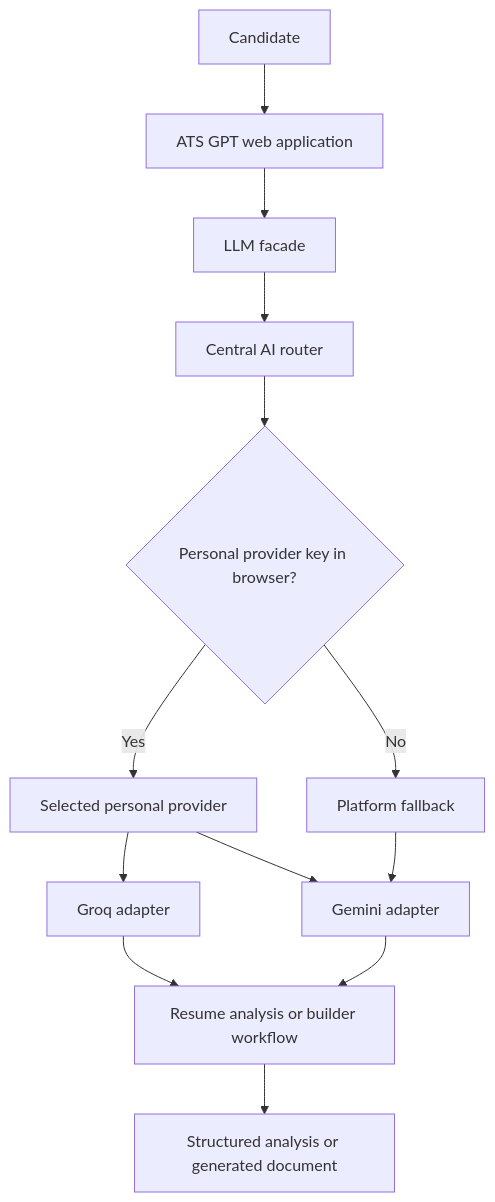
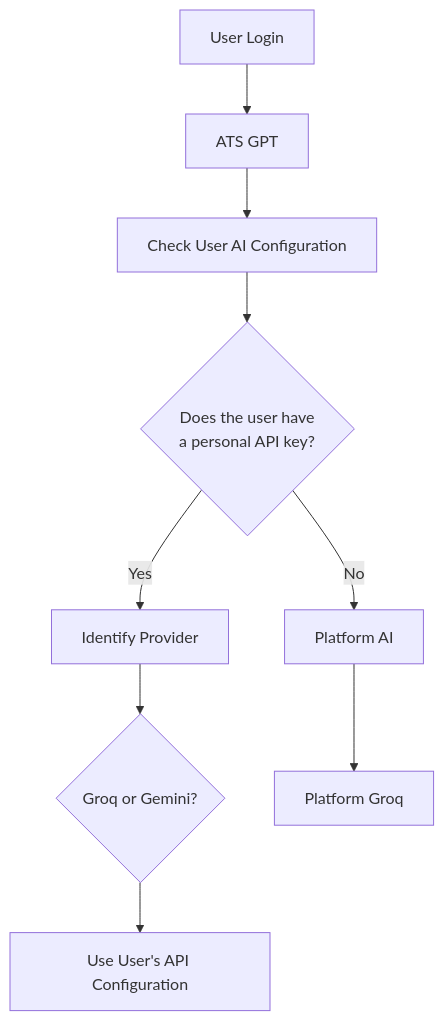
The first of 2 diagrams in README.md (maaz-io/ATS-GPT-), drawn with Mermaid before and after one commit. The commit also changed other lines of this file, not shown here.

````diff
--- a/README.md
+++ b/README.md
@@ -50,15 +136,11 @@
 ```mermaid
 flowchart TD
-    User[Candidate] --> UI[ATS GPT web application]
-    UI --> LLM[LLM facade]
-    LLM --> Router[Central AI router]
-    Router --> Config{Personal provider key in browser?}
-    Config -->|Yes| Personal[Selected personal provider]
-    Config -->|No| Platform[Platform fallback]
-    Personal --> Groq[Groq adapter]
-    Personal --> Gemini[Gemini adapter]
-    Platform --> Gemini
-    Groq --> Domain[Resume analysis or builder workflow]
-    Gemini --> Domain
-    Domain --> Result[Structured analysis or generated document]
+    A[User Login] --> B[ATS GPT]
+    B --> C[Check User AI Configuration]
+    C --> D{Does the user have<br/>a personal API key?}
+    D -->|Yes| E[Identify Provider]
+    E --> F{Groq or Gemini?}
+    F --> G[Use User's API Configuration]
+    D -->|No| H[Platform AI]
+    H --> I[Platform Groq]
 ```
````
